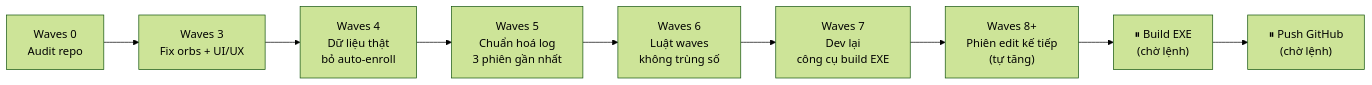
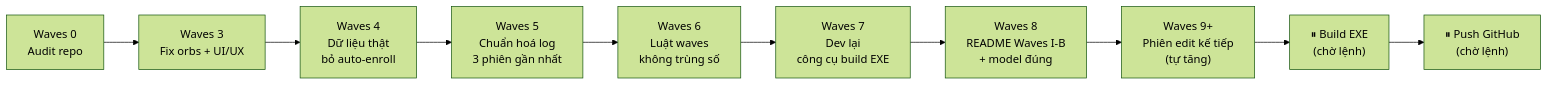
The fourth of 4 diagrams in README.md (duyzoz/AUTO-QUEST), drawn with Mermaid (forest theme) before and after one commit. The commit also changed other lines of this file and 1 other file, not shown here.

Commit message:
docs(waves): them Waves I-B tu vibe 10 waves + BƯỚC 0 nhan dien model (step-5-preview)

````diff
--- a/README.md
+++ b/README.md
@@ -86,11 +124,12 @@
 ```mermaid
 flowchart LR
     W0["Waves 0<br/>Audit repo"] --> W3["Waves 3<br/>Fix orbs + UI/UX"]
     W3 --> W4["Waves 4<br/>Dữ liệu thật<br/>bỏ auto-enroll"]
     W4 --> W5["Waves 5<br/>Chuẩn hoá log<br/>3 phiên gần nhất"]
     W5 --> W6["Waves 6<br/>Luật waves<br/>không trùng số"]
     W6 --> W7["Waves 7<br/>Dev lại<br/>công cụ build EXE"]
-    W7 --> W8["Waves 8+<br/>Phiên edit kế tiếp<br/>(tự tăng)"]
-    W8 --> B["⏸ Build EXE<br/>(chờ lệnh)"]
+    W7 --> W8["Waves 8<br/>README Waves I-B<br/>+ model đúng"]
+    W8 --> W9["Waves 9+<br/>Phiên edit kế tiếp<br/>(tự tăng)"]
+    W9 --> B["⏸ Build EXE<br/>(chờ lệnh)"]
     B --> P["⏸ Push GitHub<br/>(chờ lệnh)"]
 ```
````
